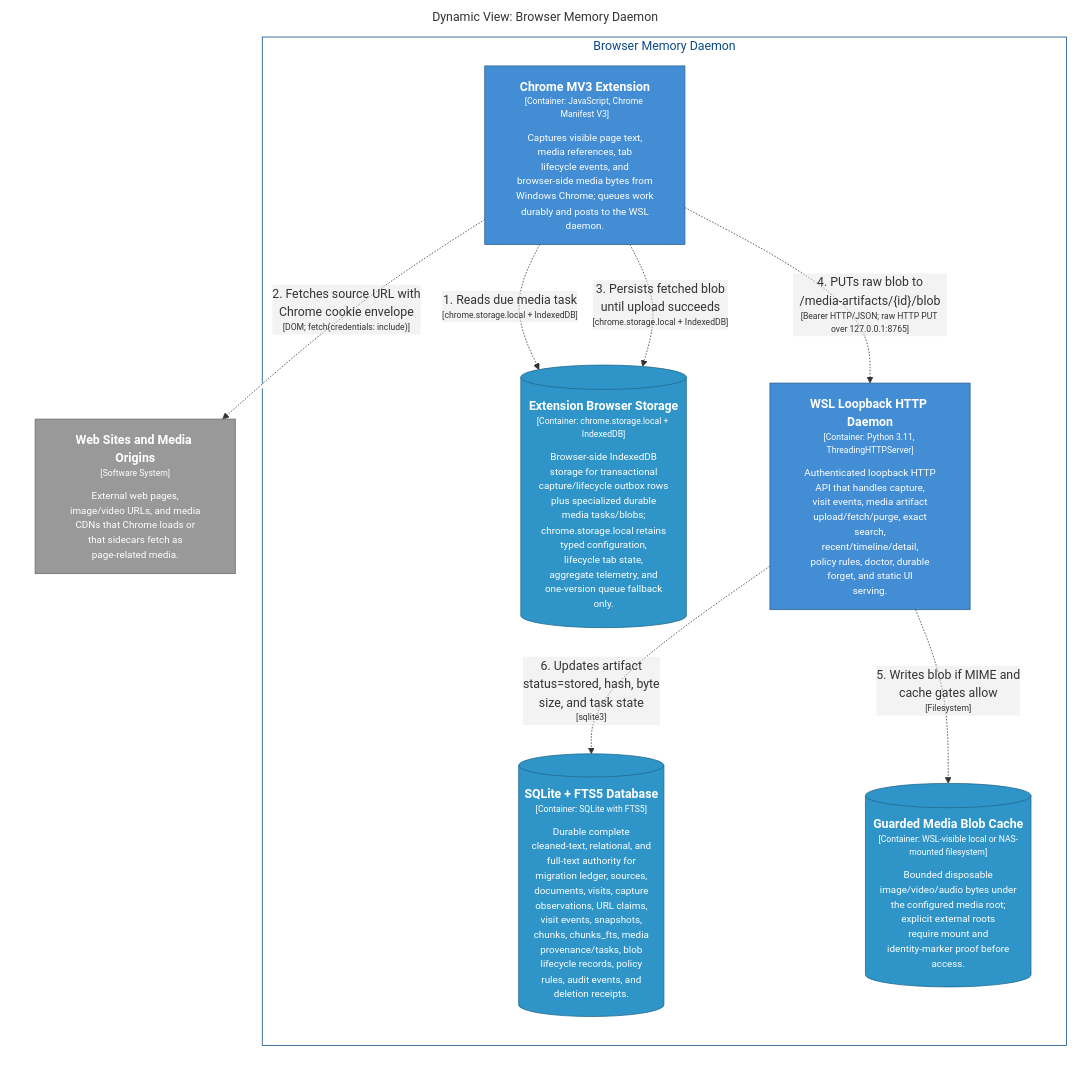
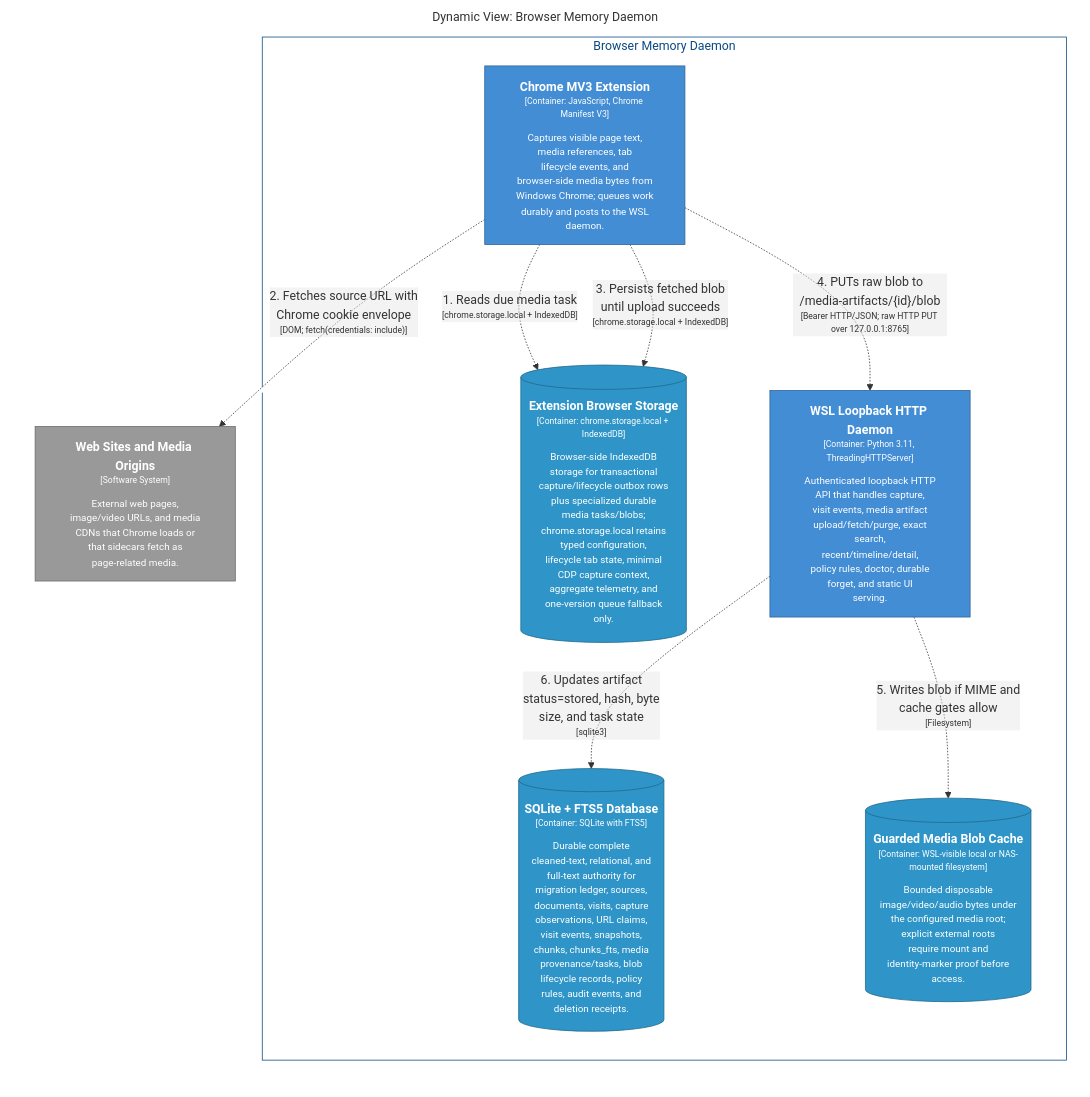
One commit to michaelnicks0/browser-memory-daemon changed the diagram in docs/architecture/diagrams/markdown/CredentialedMediaSidecarFlow.md. Above: the diagram before and after it, drawn with Mermaid. The commit also changed 193 other files, not shown here.

````diff
--- a/docs/architecture/diagrams/markdown/CredentialedMediaSidecarFlow.md
+++ b/docs/architecture/diagrams/markdown/CredentialedMediaSidecarFlow.md
@@ -16,34 +16,34 @@
 ```mermaid
 graph LR
   linkStyle default fill:#ffffff
 
   subgraph diagram ["Dynamic View: Browser Memory Daemon"]
     style diagram fill:#ffffff,stroke:#ffffff
 
     subgraph 4 ["Browser Memory Daemon"]
       style 4 fill:#ffffff,stroke:#0b4884,color:#0b4884
 
-      14[("<div style='font-weight: bold'>Extension Browser Storage</div><div style='font-size: 70%; margin-top: 0px'>[Container: chrome.storage.local + IndexedDB]</div><div style='font-size: 80%; margin-top:10px'>Browser-side IndexedDB<br />storage for transactional<br />capture/lifecycle outbox rows<br />plus specialized durable<br />media tasks/blobs;<br />chrome.storage.local retains<br />typed configuration,<br />lifecycle tab state,<br />aggregate telemetry, and<br />one-version queue fallback<br />only.</div>")]
-      style 14 fill:#2f95c8,stroke:#20688c,color:#ffffff
-      15["<div style='font-weight: bold'>WSL Loopback HTTP Daemon</div><div style='font-size: 70%; margin-top: 0px'>[Container: Python 3.11, ThreadingHTTPServer]</div><div style='font-size: 80%; margin-top:10px'>Authenticated loopback HTTP<br />API that handles capture,<br />visit events, media artifact<br />upload/fetch/purge, exact<br />search,<br />recent/timeline/detail,<br />policy rules, doctor, durable<br />forget, and static UI<br />serving.</div>"]
-      style 15 fill:#438dd5,stroke:#2e6295,color:#ffffff
-      40[("<div style='font-weight: bold'>SQLite + FTS5 Database</div><div style='font-size: 70%; margin-top: 0px'>[Container: SQLite with FTS5]</div><div style='font-size: 80%; margin-top:10px'>Durable complete<br />cleaned-text, relational, and<br />full-text authority for<br />migration ledger, sources,<br />documents, visits, capture<br />observations, URL claims,<br />visit events, snapshots,<br />chunks, chunks_fts, media<br />provenance/tasks, blob<br />lifecycle records, policy<br />rules, audit events, and<br />deletion receipts.</div>")]
-      style 40 fill:#2f95c8,stroke:#20688c,color:#ffffff
-      42[("<div style='font-weight: bold'>Guarded Media Blob Cache</div><div style='font-size: 70%; margin-top: 0px'>[Container: WSL-visible local or NAS-mounted filesystem]</div><div style='font-size: 80%; margin-top:10px'>Bounded disposable<br />image/video/audio bytes under<br />the configured media root;<br />explicit external roots<br />require mount and<br />identity-marker proof before<br />access.</div>")]
-      style 42 fill:#2f95c8,stroke:#20688c,color:#ffffff
+      18[("<div style='font-weight: bold'>Extension Browser Storage</div><div style='font-size: 70%; margin-top: 0px'>[Container: chrome.storage.local + IndexedDB]</div><div style='font-size: 80%; margin-top:10px'>Browser-side IndexedDB<br />storage for transactional<br />capture/lifecycle outbox rows<br />plus specialized durable<br />media tasks/blobs;<br />chrome.storage.local retains<br />typed configuration,<br />lifecycle tab state, minimal<br />CDP capture context,<br />aggregate telemetry, and<br />one-version queue fallback<br />only.</div>")]
+      style 18 fill:#2f95c8,stroke:#20688c,color:#ffffff
+      19["<div style='font-weight: bold'>WSL Loopback HTTP Daemon</div><div style='font-size: 70%; margin-top: 0px'>[Container: Python 3.11, ThreadingHTTPServer]</div><div style='font-size: 80%; margin-top:10px'>Authenticated loopback HTTP<br />API that handles capture,<br />visit events, media artifact<br />upload/fetch/purge, exact<br />search,<br />recent/timeline/detail,<br />policy rules, doctor, durable<br />forget, and static UI<br />serving.</div>"]
+      style 19 fill:#438dd5,stroke:#2e6295,color:#ffffff
+      44[("<div style='font-weight: bold'>SQLite + FTS5 Database</div><div style='font-size: 70%; margin-top: 0px'>[Container: SQLite with FTS5]</div><div style='font-size: 80%; margin-top:10px'>Durable complete<br />cleaned-text, relational, and<br />full-text authority for<br />migration ledger, sources,<br />documents, visits, capture<br />observations, URL claims,<br />visit events, snapshots,<br />chunks, chunks_fts, media<br />provenance/tasks, blob<br />lifecycle records, policy<br />rules, audit events, and<br />deletion receipts.</div>")]
+      style 44 fill:#2f95c8,stroke:#20688c,color:#ffffff
+      46[("<div style='font-weight: bold'>Guarded Media Blob Cache</div><div style='font-size: 70%; margin-top: 0px'>[Container: WSL-visible local or NAS-mounted filesystem]</div><div style='font-size: 80%; margin-top:10px'>Bounded disposable<br />image/video/audio bytes under<br />the configured media root;<br />explicit external roots<br />require mount and<br />identity-marker proof before<br />access.</div>")]
+      style 46 fill:#2f95c8,stroke:#20688c,color:#ffffff
       5["<div style='font-weight: bold'>Chrome MV3 Extension</div><div style='font-size: 70%; margin-top: 0px'>[Container: JavaScript, Chrome Manifest V3]</div><div style='font-size: 80%; margin-top:10px'>Captures visible page text,<br />media references, tab<br />lifecycle events, and<br />browser-side media bytes from<br />Windows Chrome; queues work<br />durably and posts to the WSL<br />daemon.</div>"]
       style 5 fill:#438dd5,stroke:#2e6295,color:#ffffff
     end
 
     3["<div style='font-weight: bold'>Web Sites and Media Origins</div><div style='font-size: 70%; margin-top: 0px'>[Software System]</div><div style='font-size: 80%; margin-top:10px'>External web pages,<br />image/video URLs, and media<br />CDNs that Chrome loads or<br />that sidecars fetch as<br />page-related media.</div>"]
     style 3 fill:#999999,stroke:#6b6b6b,color:#ffffff
 
-    5-. "<div>1. Reads due media task</div><div style='font-size: 70%'>[chrome.storage.local + IndexedDB]</div>" .->14
+    5-. "<div>1. Reads due media task</div><div style='font-size: 70%'>[chrome.storage.local + IndexedDB]</div>" .->18
     5-. "<div>2. Fetches source URL with<br />Chrome cookie envelope</div><div style='font-size: 70%'>[DOM; fetch(credentials: include)]</div>" .->3
-    5-. "<div>3. Persists fetched blob<br />until upload succeeds</div><div style='font-size: 70%'>[chrome.storage.local + IndexedDB]</div>" .->14
-    5-. "<div>4. PUTs raw blob to<br />/media-artifacts/{id}/blob</div><div style='font-size: 70%'>[Bearer HTTP/JSON; raw HTTP PUT over 127.0.0.1:8765]</div>" .->15
-    15-. "<div>5. Writes blob if MIME and<br />cache gates allow</div><div style='font-size: 70%'>[Filesystem]</div>" .->42
-    15-. "<div>6. Updates artifact<br />status=stored, hash, byte<br />size, and task state</div><div style='font-size: 70%'>[sqlite3]</div>" .->40
+    5-. "<div>3. Persists fetched blob<br />until upload succeeds</div><div style='font-size: 70%'>[chrome.storage.local + IndexedDB]</div>" .->18
+    5-. "<div>4. PUTs raw blob to<br />/media-artifacts/{id}/blob</div><div style='font-size: 70%'>[Bearer HTTP/JSON; raw HTTP PUT over 127.0.0.1:8765]</div>" .->19
+    19-. "<div>5. Writes blob if MIME and<br />cache gates allow</div><div style='font-size: 70%'>[Filesystem]</div>" .->46
+    19-. "<div>6. Updates artifact<br />status=stored, hash, byte<br />size, and task state</div><div style='font-size: 70%'>[sqlite3]</div>" .->44
 
   end
 ```
````
